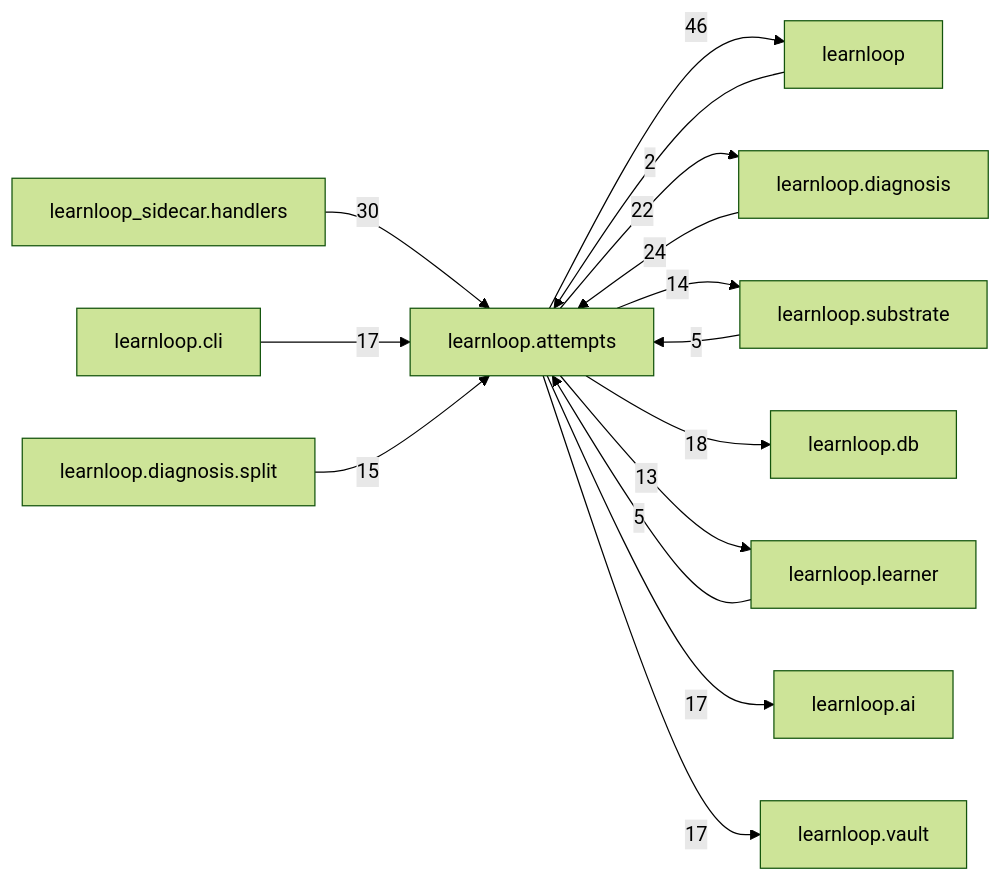
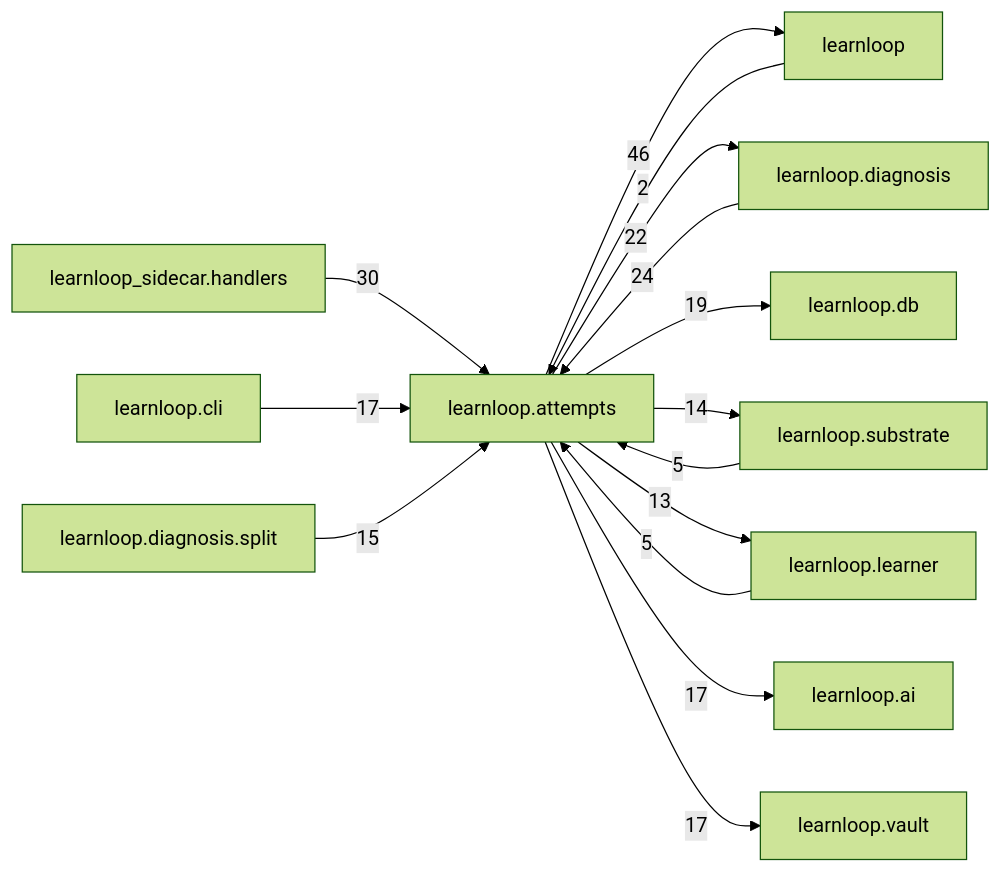
The diagram in docs/learnloop-architecture-vault/Reference/Modules/learnloop/attempts/_package.md (6up-b/learnanything), drawn with Mermaid (forest theme) before and after one commit. The commit also changed other lines of this file and 49 other files, not shown here.

````diff
--- a/docs/learnloop-architecture-vault/Reference/Modules/learnloop/attempts/_package.md
+++ b/docs/learnloop-architecture-vault/Reference/Modules/learnloop/attempts/_package.md
@@ -175,28 +175,28 @@
 ```mermaid
 flowchart LR
     center["learnloop.attempts"]
     n_learnloop["learnloop"]
     n_learnloop_diagnosis["learnloop.diagnosis"]
     n_learnloop_sidecar_handlers["learnloop_sidecar.handlers"]
+    n_learnloop_db["learnloop.db"]
     n_learnloop_substrate["learnloop.substrate"]
-    n_learnloop_db["learnloop.db"]
     n_learnloop_learner["learnloop.learner"]
     n_learnloop_ai["learnloop.ai"]
     n_learnloop_cli["learnloop.cli"]
     n_learnloop_vault["learnloop.vault"]
     n_learnloop_diagnosis_split["learnloop.diagnosis.split"]
     n_learnloop -->|2| center
     center -->|46| n_learnloop
     n_learnloop_diagnosis -->|24| center
     center -->|22| n_learnloop_diagnosis
     n_learnloop_sidecar_handlers -->|30| center
+    center -->|19| n_learnloop_db
     n_learnloop_substrate -->|5| center
     center -->|14| n_learnloop_substrate
-    center -->|18| n_learnloop_db
     n_learnloop_learner -->|5| center
     center -->|13| n_learnloop_learner
     center -->|17| n_learnloop_ai
     n_learnloop_cli -->|17| center
     center -->|17| n_learnloop_vault
     n_learnloop_diagnosis_split -->|15| center
 ```
````
